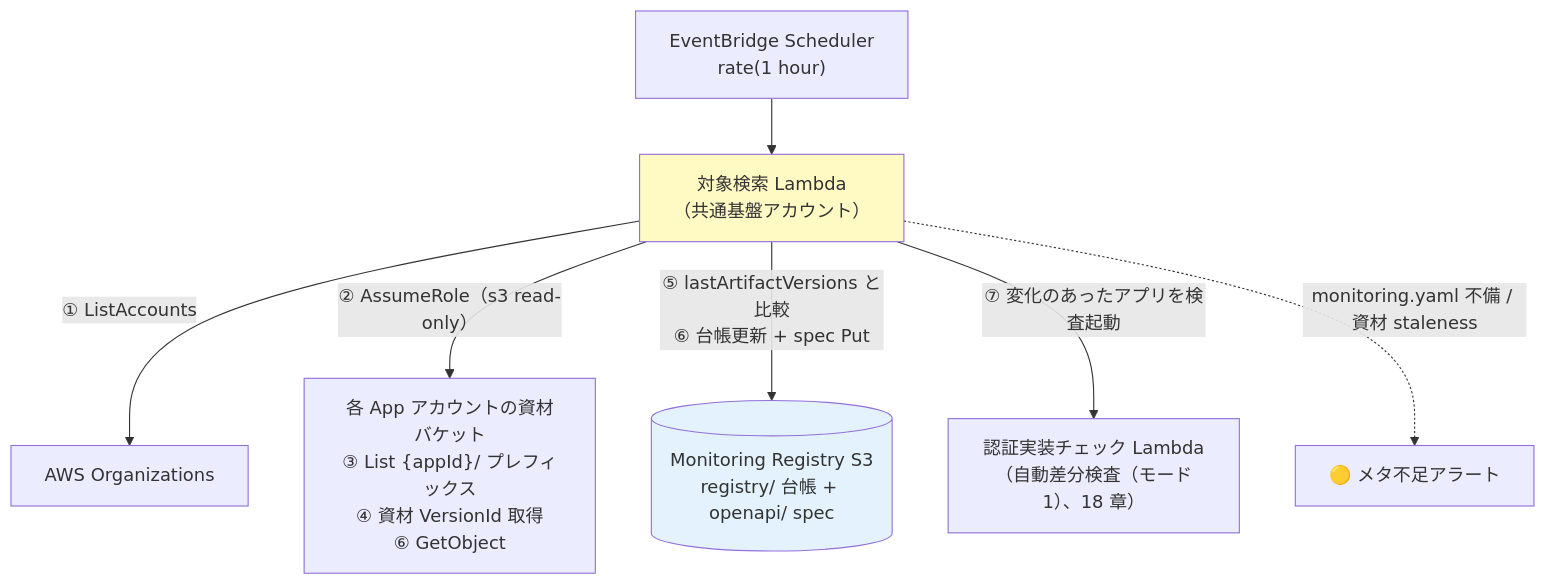
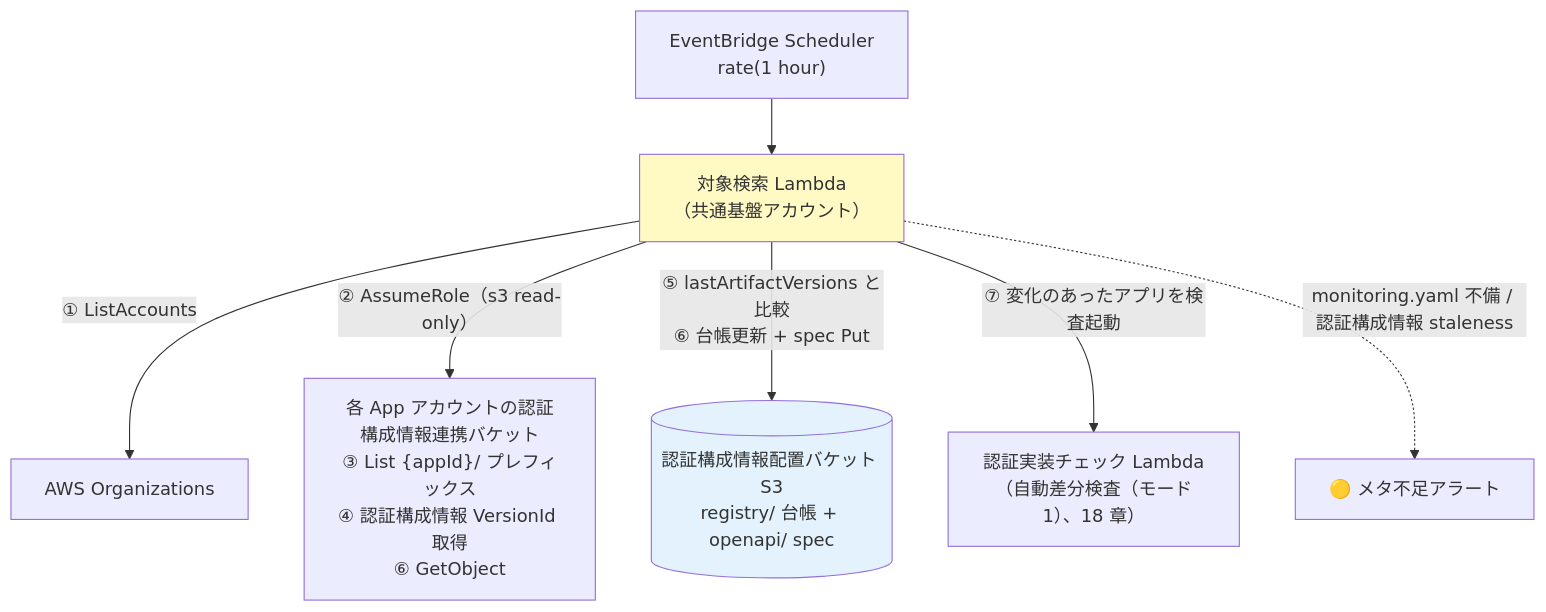
One commit to suepie/aws-atuh-poc changed the diagram in doc/api-platform/basic-design/17-deployment-integration-and-registration.md. Above: the diagram before and after it, drawn with Mermaid. The commit also changed other lines of this file and 18 other files, not shown here.

````diff
--- a/doc/api-platform/basic-design/17-deployment-integration-and-registration.md
+++ b/doc/api-platform/basic-design/17-deployment-integration-and-registration.md
@@ -54,11 +54,11 @@
 ```mermaid
 flowchart TB
     SCH["EventBridge Scheduler<br/>rate(1 hour)"] --> DISC["対象検索 Lambda<br/>（共通基盤アカウント）"]
     DISC -->|"① ListAccounts"| ORG["AWS Organizations"]
-    DISC -->|"② AssumeRole（s3 read-only）"| ART["各 App アカウントの資材バケット<br/>③ List {appId}/ プレフィックス<br/>④ 資材 VersionId 取得<br/>⑥ GetObject"]
-    DISC -->|"⑤ lastArtifactVersions と比較<br/>⑥ 台帳更新 + spec Put"| REG[("Monitoring Registry S3<br/>registry/ 台帳 + openapi/ spec")]
+    DISC -->|"② AssumeRole（s3 read-only）"| ART["各 App アカウントの認証構成情報連携バケット<br/>③ List {appId}/ プレフィックス<br/>④ 認証構成情報 VersionId 取得<br/>⑥ GetObject"]
+    DISC -->|"⑤ lastArtifactVersions と比較<br/>⑥ 台帳更新 + spec Put"| REG[("認証構成情報配置バケット S3<br/>registry/ 台帳 + openapi/ spec")]
     DISC -->|"⑦ 変化のあったアプリを検査起動"| PROBE["認証実装チェック Lambda<br/>（自動差分検査（モード1）、18 章）"]
-    DISC -.->|"monitoring.yaml 不備 / 資材 staleness"| ALERT["🟡 メタ不足アラート"]
+    DISC -.->|"monitoring.yaml 不備 / 認証構成情報 staleness"| ALERT["🟡 メタ不足アラート"]
     style DISC fill:#fff9c4
     style REG fill:#e3f2fd
 ```
````
